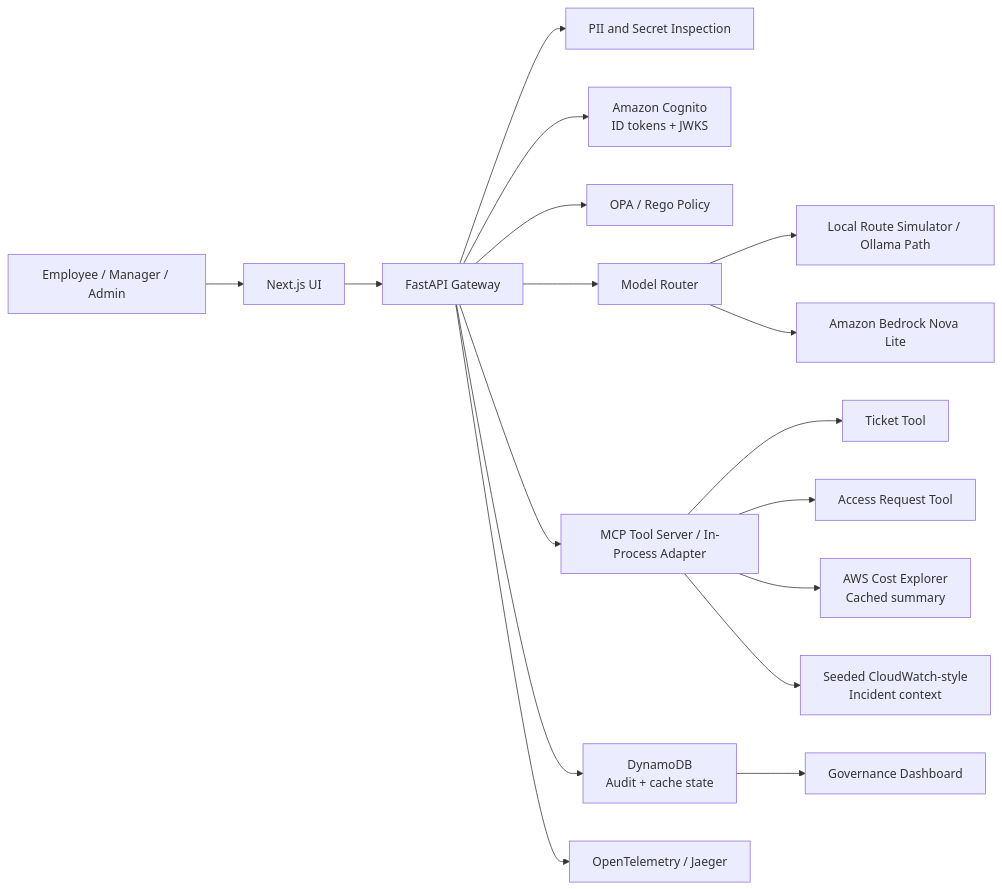
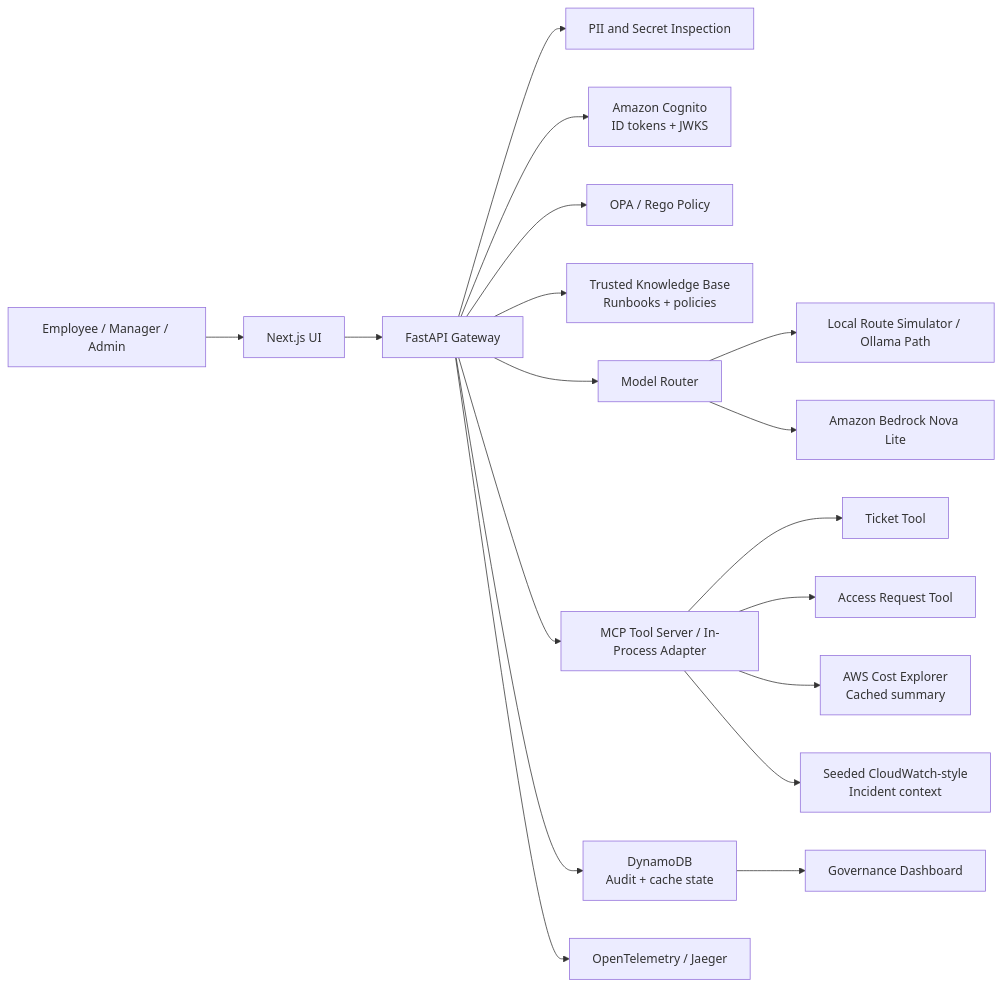
One commit to manynames3/aegisdesk-cloudops-control-plane changed the diagram in README.md. Above: the diagram before and after it, drawn with Mermaid. The commit also changed other lines of this file and 14 other files, not shown here.

Commit message:
feat: ground answers in trusted knowledge

````diff
--- a/README.md
+++ b/README.md
@@ -97,19 +100,20 @@
 ```mermaid
 flowchart LR
     User["Employee / Manager / Admin"] --> Web["Next.js UI"]
     Web --> API["FastAPI Gateway"]
     API --> Redaction["PII and Secret Inspection"]
     API --> Cognito["Amazon Cognito<br/>ID tokens + JWKS"]
     API --> OPA["OPA / Rego Policy"]
+    API --> Knowledge["Trusted Knowledge Base<br/>Runbooks + policies"]
     API --> Router["Model Router"]
     Router --> Local["Local Route Simulator / Ollama Path"]
     Router --> Cloud["Amazon Bedrock Nova Lite"]
     API --> Tools["MCP Tool Server / In-Process Adapter"]
     Tools --> Ticket["Ticket Tool"]
     Tools --> Access["Access Request Tool"]
     Tools --> Cost["AWS Cost Explorer<br/>Cached summary"]
     Tools --> Logs["Seeded CloudWatch-style<br/>Incident context"]
     API --> Audit["DynamoDB<br/>Audit + cache state"]
     API --> Trace["OpenTelemetry / Jaeger"]
     Audit --> Dashboard["Governance Dashboard"]
 ```
````
